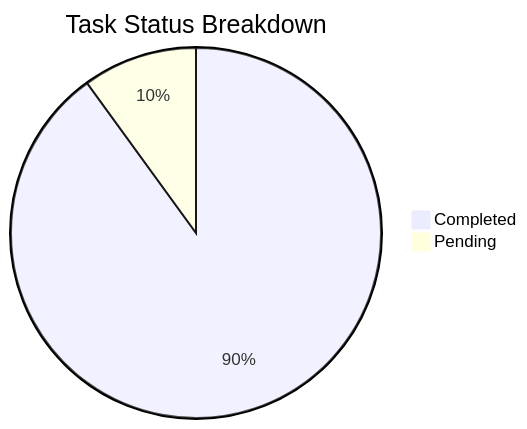
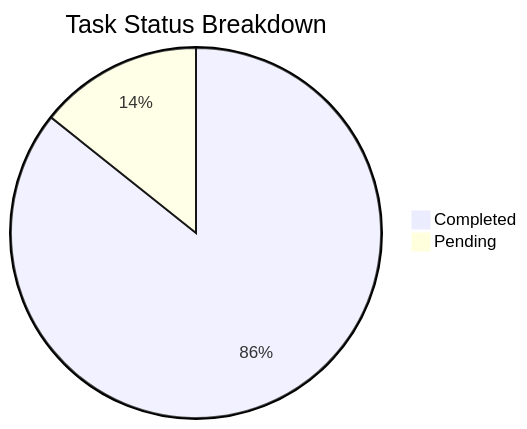
The first of 2 diagrams in Sanchay/Analytics.md (sagarms97/MyWorkDairy), drawn with Mermaid before and after one commit. The commit also changed other lines of this file and 2 other files, not shown here.

````diff
--- a/Sanchay/Analytics.md
+++ b/Sanchay/Analytics.md
@@ -12,5 +12,5 @@
 ```mermaid
 pie title Task Status Breakdown
     "Completed" : 18
-    "Pending" : 2
+    "Pending" : 3
 ```
````
